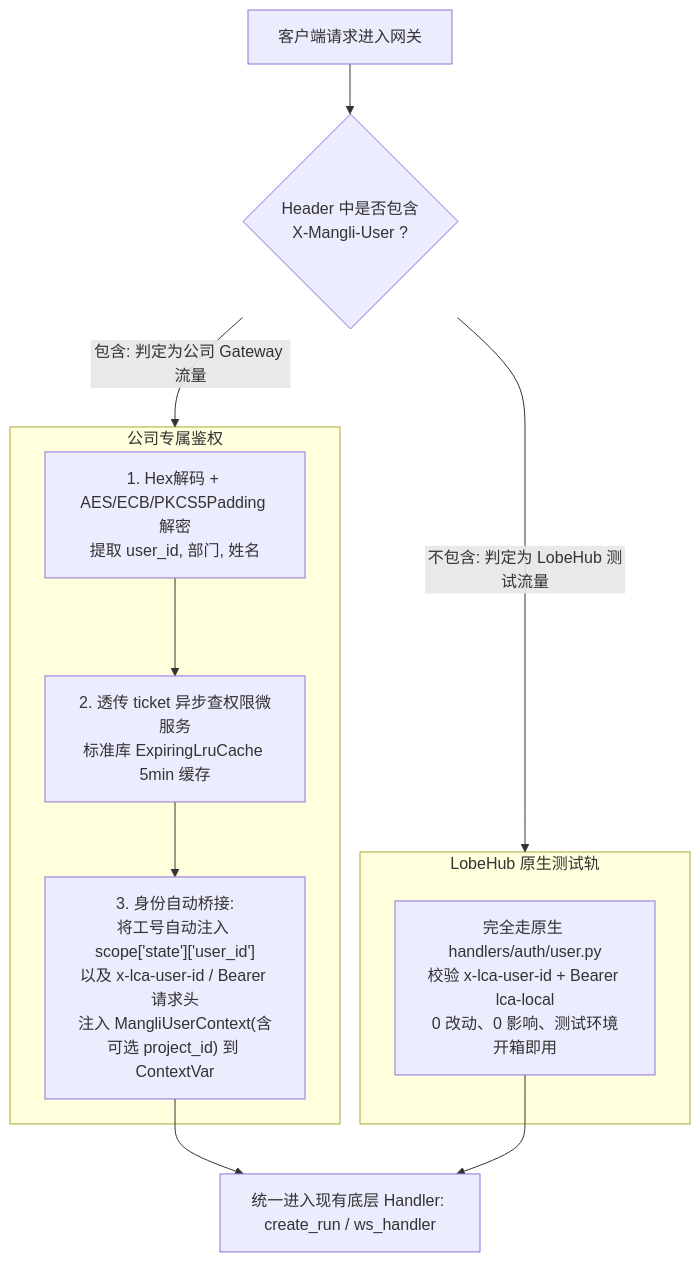
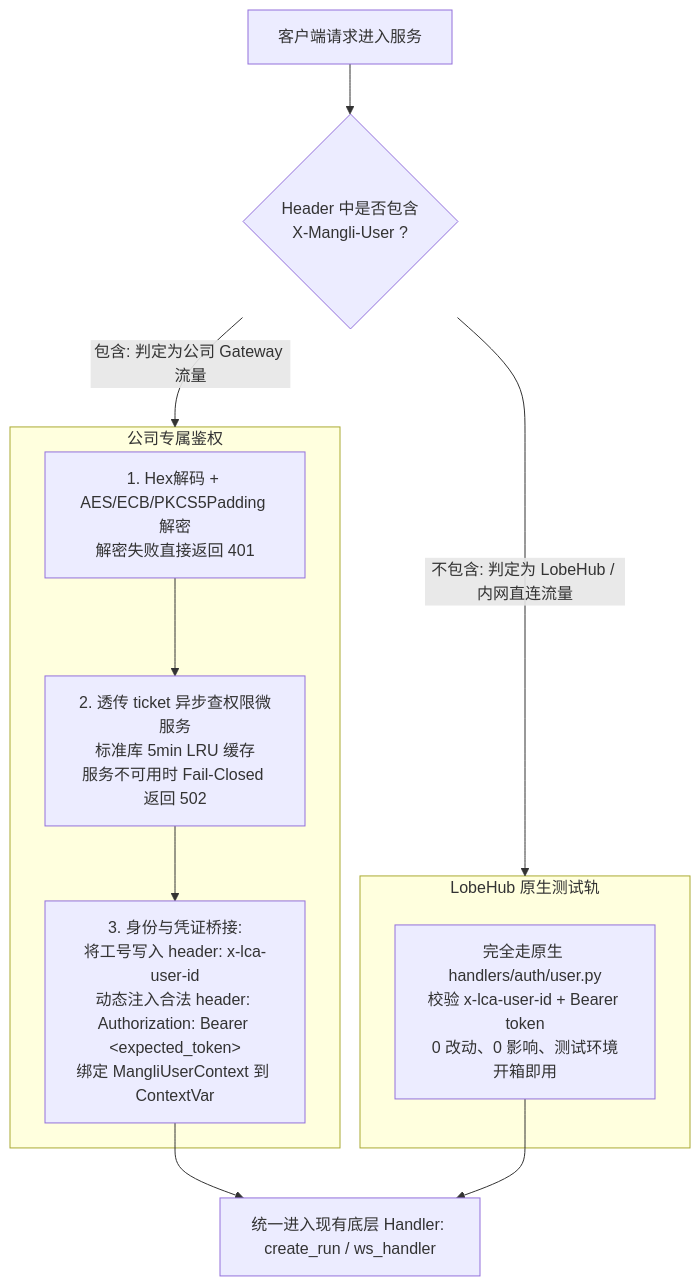
One commit to smartlijingyang-sudo/layered-cognitive-agent changed the diagram in docs/plans/2026-11-16-mangli-enterprise-integration-design.md. Above: the diagram before and after it, drawn with Mermaid. The commit also changed other lines of this file and 1 other file, not shown here.

Commit message:
fix(plans): close N1-N9 findings and enforce fail-closed security boundary

````diff
--- a/docs/plans/2026-11-16-mangli-enterprise-integration-design.md
+++ b/docs/plans/2026-11-16-mangli-enterprise-integration-design.md
@@ -37,21 +37,21 @@
 ```mermaid
 flowchart TD
-    Req[客户端请求进入网关] --> CheckHeader{Header 中是否包含<br>X-Mangli-User ?}
+    Req[客户端请求进入服务] --> CheckHeader{Header 中是否包含<br>X-Mangli-User ?}
     
     CheckHeader -->|包含: 判定为公司 Gateway 流量| MangliTrack[公司专属鉴权链路]
-    CheckHeader -->|不包含: 判定为 LobeHub 测试流量| LobeHubTrack[LobeHub 原生鉴权链路]
+    CheckHeader -->|不包含: 判定为 LobeHub / 内网直连流量| LobeHubTrack[原生鉴权链路]
 
     subgraph MangliTrack [公司专属鉴权]
-        HexDec[1. Hex解码 + AES/ECB/PKCS5Padding 解密<br>提取 user_id, 部门, 姓名]
-        PermFetch[2. 透传 ticket 异步查权限微服务<br>标准库 ExpiringLruCache 5min 缓存]
-        ContextInject["3. 身份自动桥接:<br>将工号自动注入 scope['state']['user_id']<br>以及 x-lca-user-id / Bearer 请求头<br>注入 MangliUserContext(含可选 project_id) 到 ContextVar"]
+        HexDec[1. Hex解码 + AES/ECB/PKCS5Padding 解密<br>解密失败直接返回 401]
+        PermFetch[2. 透传 ticket 异步查权限微服务<br>标准库 5min LRU 缓存<br>服务不可用时 Fail-Closed 返回 502]
+        ContextInject["3. 身份与凭证桥接:<br>将工号写入 header: x-lca-user-id<br>动态注入合法 header: Authorization: Bearer &lt;expected_token&gt;<br>绑定 MangliUserContext 到 ContextVar"]
         HexDec --> PermFetch --> ContextInject
     end
 
     subgraph LobeHubTrack [LobeHub 原生测试轨]
-        NativeAuth[完全走原生 handlers/auth/user.py<br>校验 x-lca-user-id + Bearer lca-local<br>0 改动、0 影响、测试环境开箱即用]
+        NativeAuth[完全走原生 handlers/auth/user.py<br>校验 x-lca-user-id + Bearer token<br>0 改动、0 影响、测试环境开箱即用]
     end
 
     ContextInject --> CoreHandler[统一进入现有底层 Handler: create_run / ws_handler]
     NativeAuth --> CoreHandler
 ```
````
